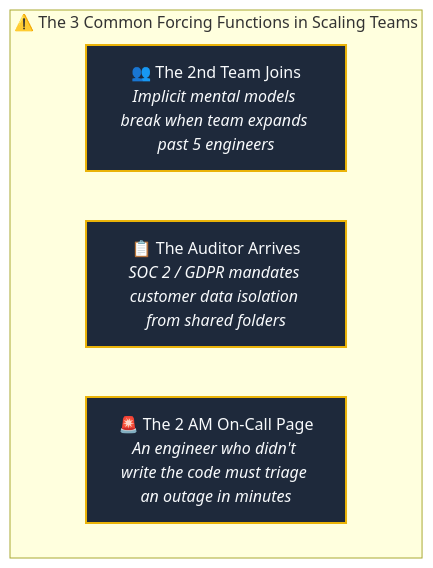
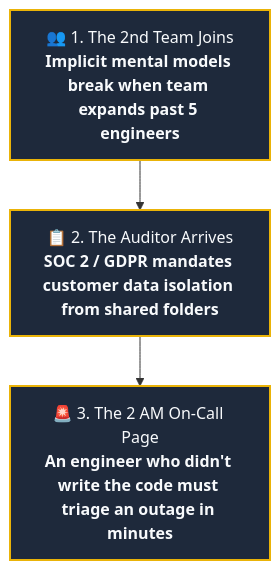
One commit to Dustu103/system-design changed the seventh of 9 diagrams in 01-filestructure/articles/01-your-folder-structure-is-a-message.md. Above: the diagram before and after it, drawn with Mermaid. The commit also changed other lines of this file and 2 other files, not shown here.

Commit message:
style: optimize Mermaid diagrams with vertical hierarchy and large legible fonts

````diff
--- a/01-filestructure/articles/01-your-folder-structure-is-a-message.md
+++ b/01-filestructure/articles/01-your-folder-structure-is-a-message.md
@@ -210,10 +216,11 @@
 ```mermaid
 flowchart TD
-    subgraph TRIGGERS["⚠️ The 3 Common Forcing Functions in Scaling Teams"]
-        T1["👥 The 2nd Team Joins<br/><i>Implicit mental models break when team expands past 5 engineers</i>"]
-        T2["📋 The Auditor Arrives<br/><i>SOC 2 / GDPR mandates customer data isolation from shared folders</i>"]
-        T3["🚨 The 2 AM On-Call Page<br/><i>An engineer who didn't write the code must triage an outage in minutes</i>"]
-    end
+    T1["👥 1. The 2nd Team Joins<br/><b>Implicit mental models break when team expands past 5 engineers</b>"]
+    T2["📋 2. The Auditor Arrives<br/><b>SOC 2 / GDPR mandates customer data isolation from shared folders</b>"]
+    T3["🚨 3. The 2 AM On-Call Page<br/><b>An engineer who didn't write the code must triage an outage in minutes</b>"]
+
+    T1 --> T2 --> T3
+
     classDef trig fill:#1e293b,stroke:#eab308,stroke-width:2px,color:#f8fafc;
     class T1,T2,T3 trig;
 ```
````
